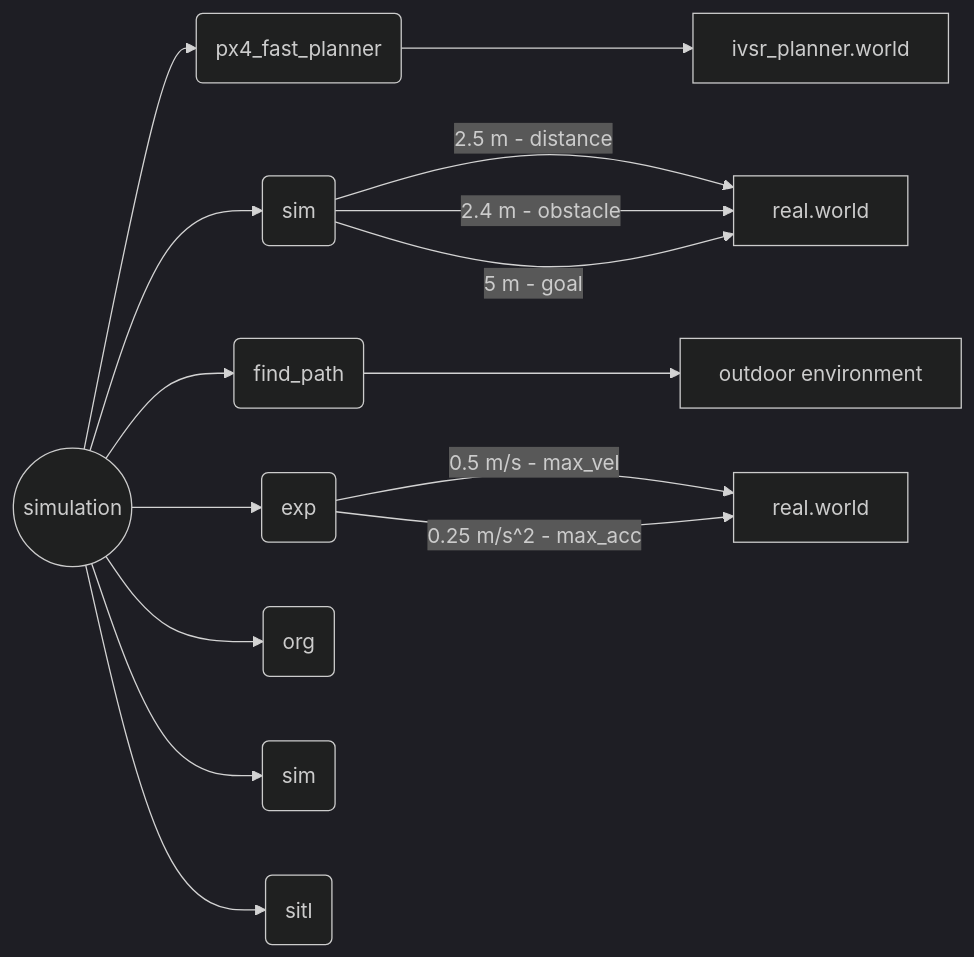
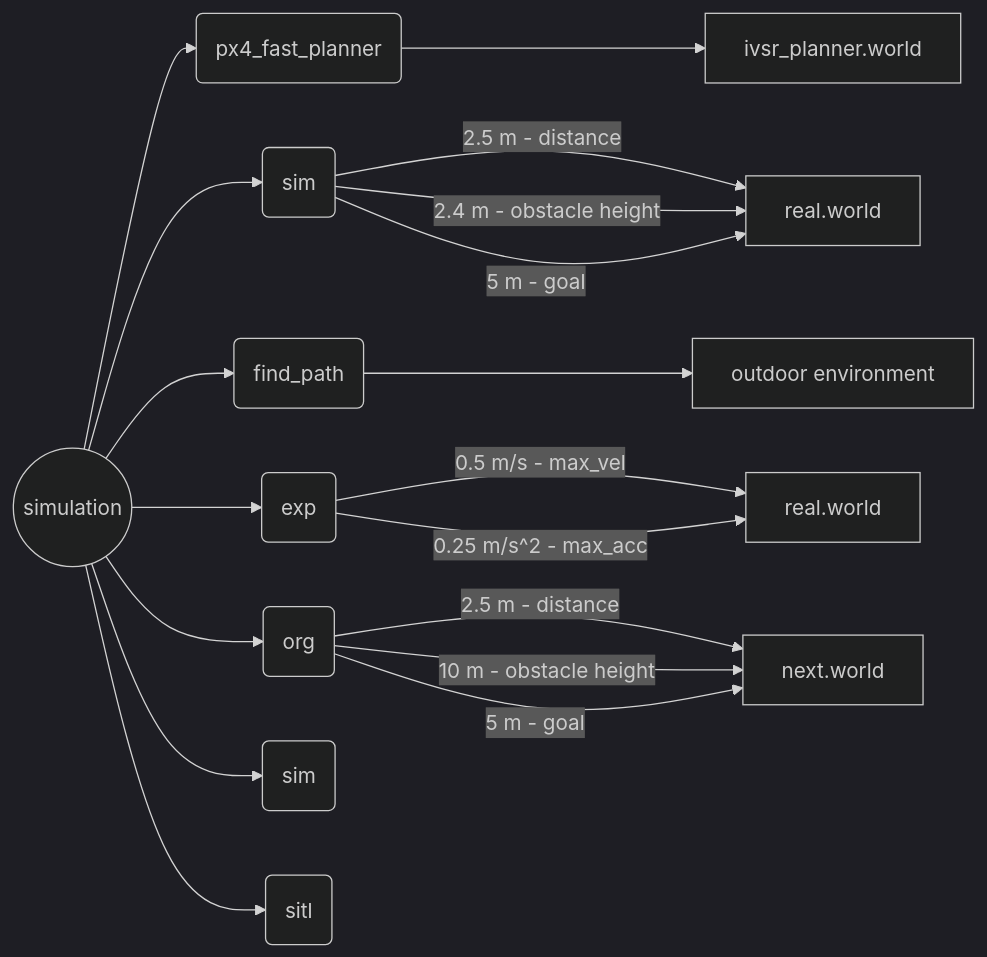
Before and after one commit to Dieptranivsr/drone_extend: the fourth of 4 diagrams in README.md, drawn with Mermaid (dark theme).

````diff
--- a/README.md
+++ b/README.md
@@ -33,18 +33,21 @@
 ```mermaid
 flowchart LR 
 
 A((simulation)) --> B(px4_fast_planner)
 B --> C[ivsr_planner.world]
 A --> D(sim)
 D -->|2.5 m - distance| E[real.world]
-D -->|2.4 m - obstacle| E
+D -->|2.4 m - obstacle height| E
 D -->|5 m - goal| E
 A --> F(find_path)
 F --> G[outdoor environment]
 A --> H(exp)
 H -->|0.5 m/s - max_vel| I[real.world]
 H -->|0.25 m/s^2 - max_acc| I
 A --> J(org)
-A --> K(sim)
-A --> L(sitl)
+J -->|2.5 m - distance| K[next.world]
+J -->|10 m - obstacle height| K
+J -->|5 m - goal| K
+A --> L(sim)
+A --> M(sitl)
 ```
````
